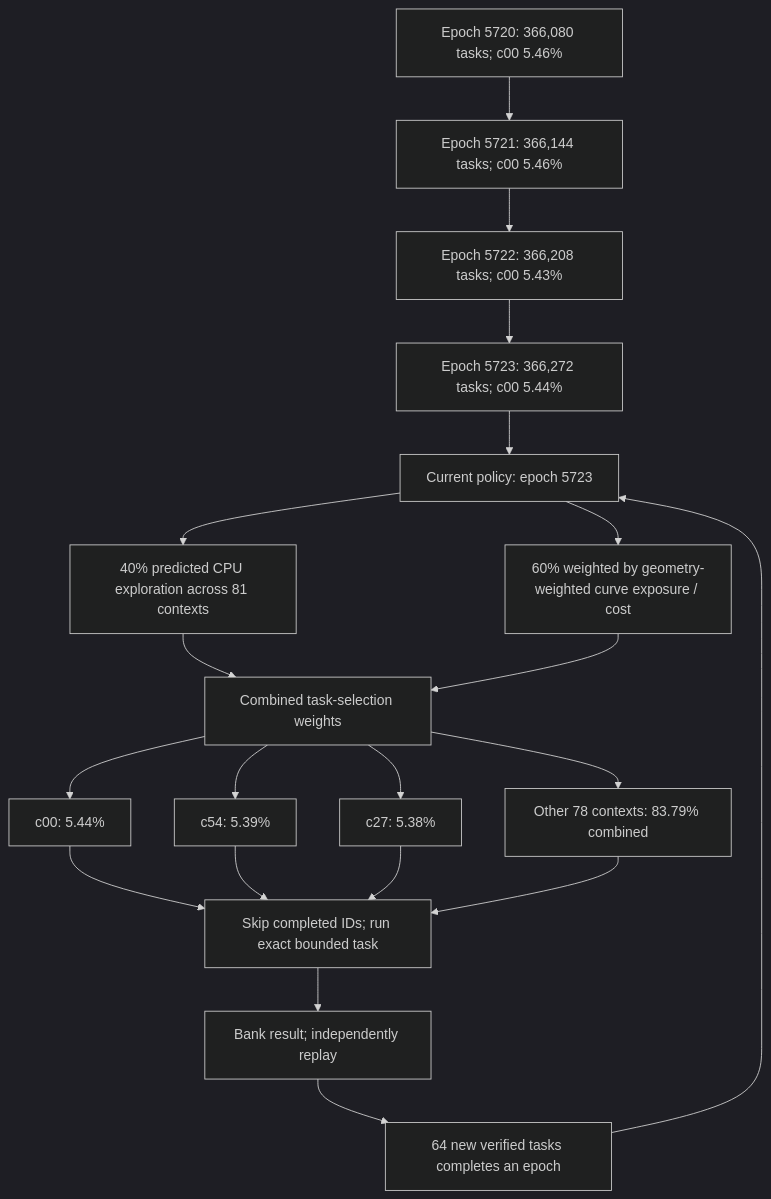
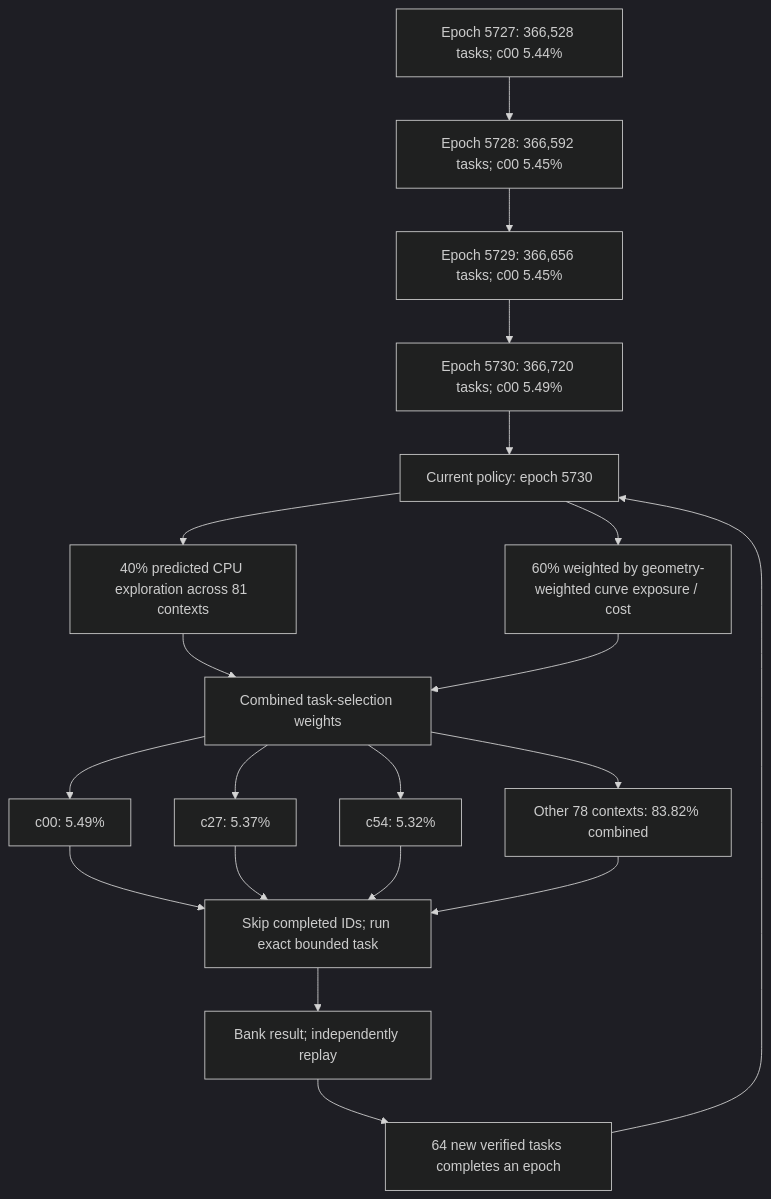
One commit to Kuberwastaken/math-gambling changed the first of 3 diagrams in README.md. Above: the diagram before and after it, drawn with Mermaid (dark theme). The commit also changed other lines of this file and 1585 other files, not shown here.

````diff
--- a/README.md
+++ b/README.md
@@ -60,27 +60,27 @@
 ```mermaid
 flowchart TD
-    H0["Epoch 5720: 366,080 tasks; c00 5.46%"]
-    H1["Epoch 5721: 366,144 tasks; c00 5.46%"]
+    H0["Epoch 5727: 366,528 tasks; c00 5.44%"]
+    H1["Epoch 5728: 366,592 tasks; c00 5.45%"]
     H0 --> H1
-    H2["Epoch 5722: 366,208 tasks; c00 5.43%"]
+    H2["Epoch 5729: 366,656 tasks; c00 5.45%"]
     H1 --> H2
-    H3["Epoch 5723: 366,272 tasks; c00 5.44%"]
+    H3["Epoch 5730: 366,720 tasks; c00 5.49%"]
     H2 --> H3
-    Policy["Current policy: epoch 5723"]
+    Policy["Current policy: epoch 5730"]
     H3 --> Policy
     Policy --> Explore["40% predicted CPU exploration across 81 contexts"]
     Policy --> Cost["60% weighted by geometry-weighted curve exposure / cost"]
     Explore --> Mix["Combined task-selection weights"]
     Cost --> Mix
-    Mix --> C0["c00: 5.44%"]
-    Mix --> C1["c54: 5.39%"]
-    Mix --> C2["c27: 5.38%"]
-    Mix --> Rest["Other 78 contexts: 83.79% combined"]
+    Mix --> C0["c00: 5.49%"]
+    Mix --> C1["c27: 5.37%"]
+    Mix --> C2["c54: 5.32%"]
+    Mix --> Rest["Other 78 contexts: 83.82% combined"]
     C0 --> Check["Skip completed IDs; run exact bounded task"]
     C1 --> Check
     C2 --> Check
     Rest --> Check
     Check --> Replay["Bank result; independently replay"]
     Replay --> Gate["64 new verified tasks completes an epoch"]
     Gate --> Policy
 ```
````
